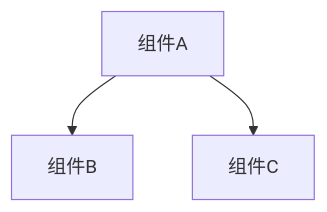
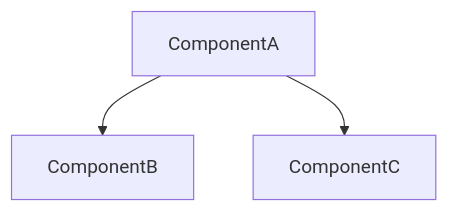
Before and after one commit to mambo-wang/CodeWiki-CN: the diagram in skill/codewiki-wiki-generator/SKILL.md, drawn with Mermaid. The commit also changed other lines of this file and 28 other files, not shown here.

````diff
--- a/skill/codewiki-wiki-generator/SKILL.md
+++ b/skill/codewiki-wiki-generator/SKILL.md
@@ -158,5 +165,5 @@
 ```mermaid
 graph TD
-    A[组件A] --> B[组件B]
-    A --> C[组件C]
+    A[ComponentA] --> B[ComponentB]
+    A --> C[ComponentC]
 ```
````
